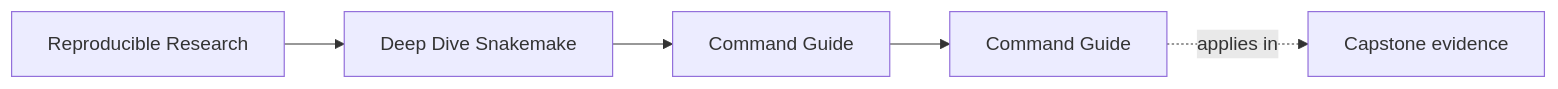
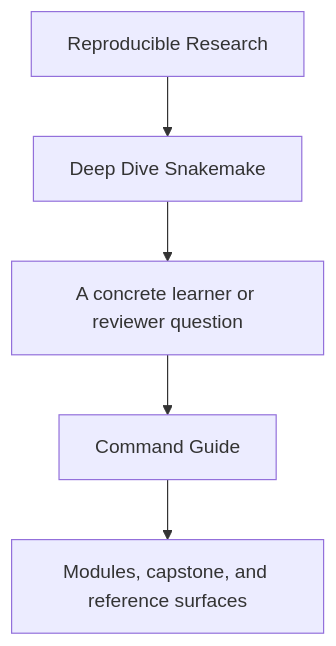
The first of 2 diagrams in programs/reproducible-research/deep-dive-snakemake/course-book/guides/command-guide.md (bijux/bijux-masterclass), drawn with Mermaid before and after one commit. The commit also changed other lines of this file and 29 other files, not shown here.

Commit message:
docs(deep-dive-snakemake): sharpen guide and reference diagrams

````diff
--- a/programs/reproducible-research/deep-dive-snakemake/course-book/guides/command-guide.md
+++ b/programs/reproducible-research/deep-dive-snakemake/course-book/guides/command-guide.md
@@ -9,11 +9,7 @@
 ```mermaid
-graph LR
-  family["Reproducible Research"]
-  program["Deep Dive Snakemake"]
-  section["Command Guide"]
-  page["Command Guide"]
-  capstone["Capstone evidence"]
-
-  family --> program --> section --> page
-  page -.applies in.-> capstone
+flowchart TD
+  family["Reproducible Research"] --> program["Deep Dive Snakemake"]
+  program --> pressure["A concrete learner or reviewer question"]
+  pressure --> guide["Command Guide"]
+  guide --> next["Modules, capstone, and reference surfaces"]
 ```
````
